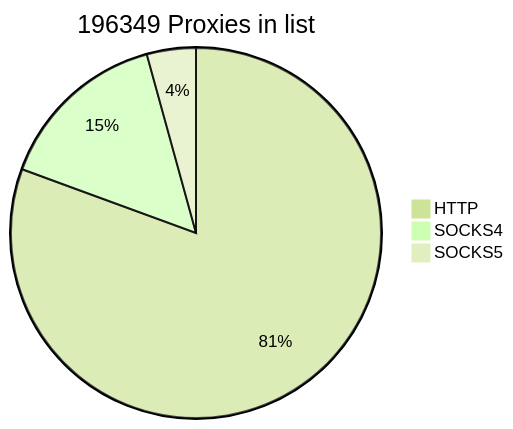
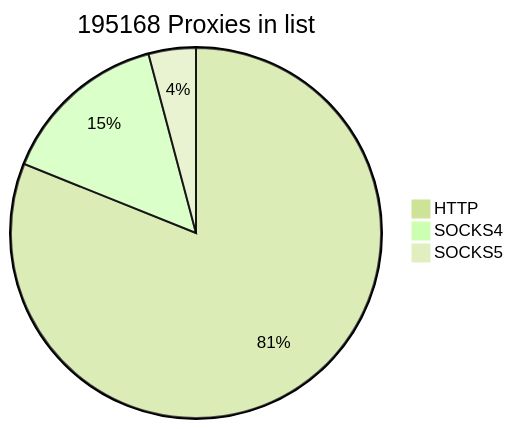
One commit to cutipu/proxylist changed the first of 2 diagrams in README.md. Above: the diagram before and after it, drawn with Mermaid (forest theme). The commit also changed other lines of this file, not shown here.

````diff
--- a/README.md
+++ b/README.md
@@ -2,7 +2,7 @@
 ```mermaid
-pie title 196349 Proxies in list
-    "HTTP" : 158247
-    "SOCKS4" : 29702
-    "SOCKS5" : 8400
+pie title 195168 Proxies in list
+    "HTTP" : 158241
+    "SOCKS4" : 28870
+    "SOCKS5" : 8057
             
 ```
````
